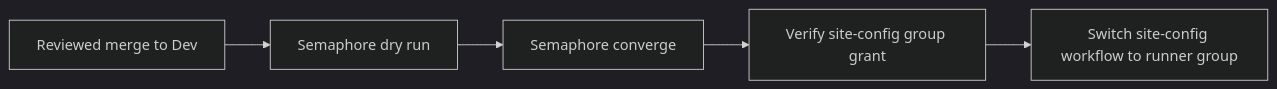
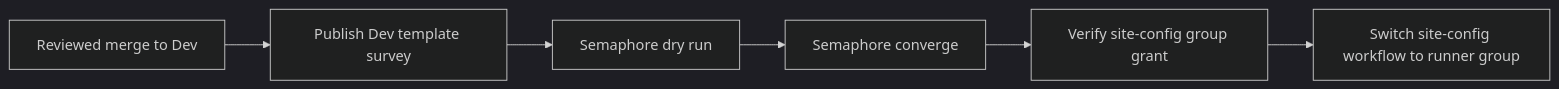
The diagram in plan/development/SITE-CONFIG-RUNNER-ACCESS.md (uhstray-io/agent-cloud), drawn with Mermaid (dark theme) before and after one commit. The commit also changed other lines of this file and 2 other files, not shown here.

Commit message:
fix: require runner App issuer in Semaphore survey

````diff
--- a/plan/development/SITE-CONFIG-RUNNER-ACCESS.md
+++ b/plan/development/SITE-CONFIG-RUNNER-ACCESS.md
@@ -19,7 +19,8 @@
 ```mermaid
 flowchart LR
-    REVIEW["Reviewed merge to Dev"] --> DRY["Semaphore dry run"]
+    REVIEW["Reviewed merge to Dev"] --> SURVEY["Publish Dev template survey"]
+    SURVEY --> DRY["Semaphore dry run"]
     DRY --> APPLY["Semaphore converge"]
     APPLY --> VERIFY["Verify site-config group grant"]
     VERIFY --> SWITCH["Switch site-config workflow to runner group"]
 ```
````
